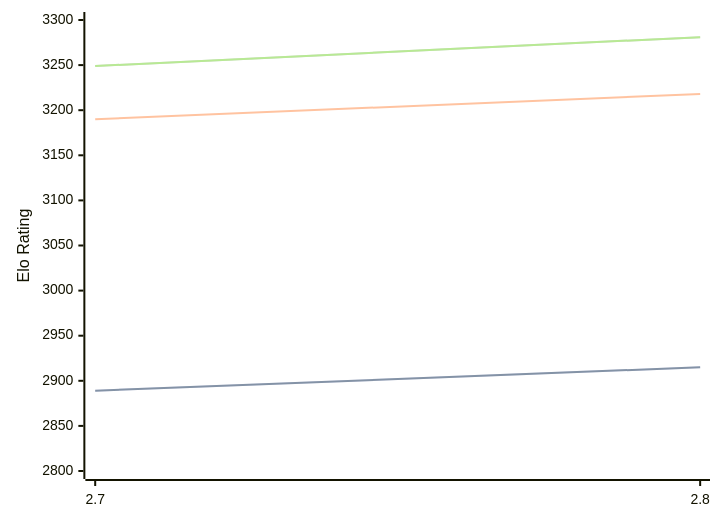
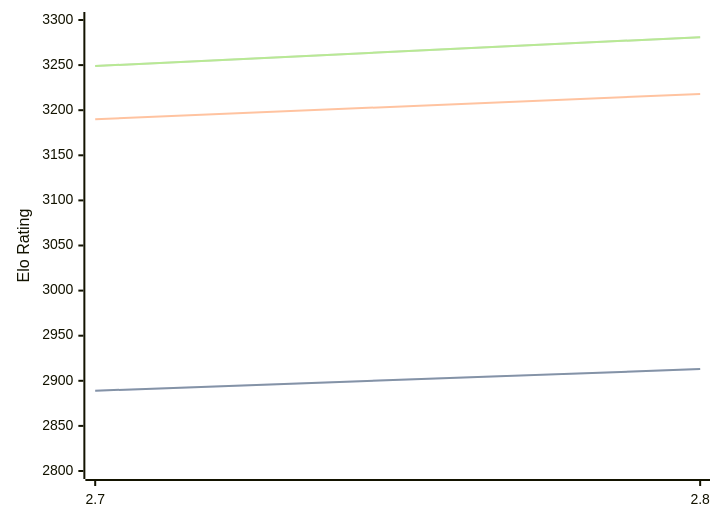
Before and after one commit to computer-chess-index/cci: the third of 3 diagrams in engines/Arcanum.md, drawn with Mermaid. The commit also changed other lines of this file, not shown here.

````diff
--- a/engines/Arcanum.md
+++ b/engines/Arcanum.md
@@ -77,11 +77,11 @@
 ```mermaid
 %%{init: {"theme":"base","themeVariables":{"seriesColors:['#a3a3a3','#222221','#faa371']}}}%%
 xychart-beta
   x-axis ["2.7", "2.8"]
   y-axis "Elo Rating" 2800 --> 3300
-  line "STC (8.0+0.08s)" [2889, 2915]
-  line "STC (8.0+0.08s)" [2889, 2915]
+  line "STC (8.0+0.08s)" [2889, 2913]
+  line "STC (8.0+0.08s)" [2889, 2913]
   line "LTC (60.0+0.60s)" [3190, 3218]
   line "VLTC (2m24s+1.12s)" [3249, 3281]
   line "VLTC (2m24s+1.12s)" [3249, 3281]
 ```
````
